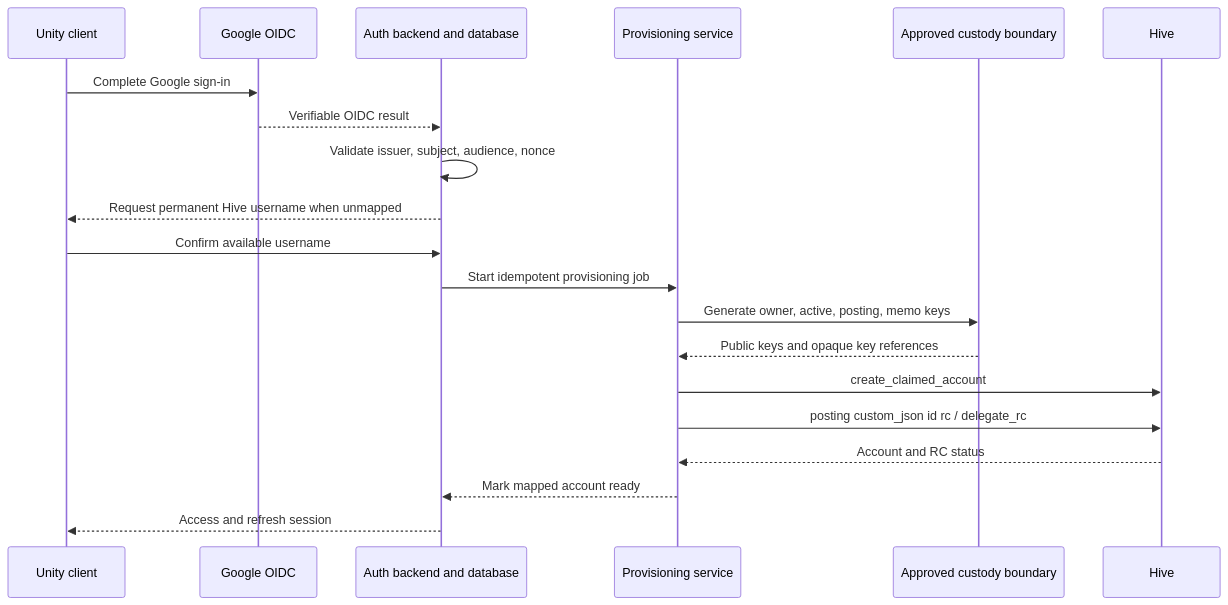
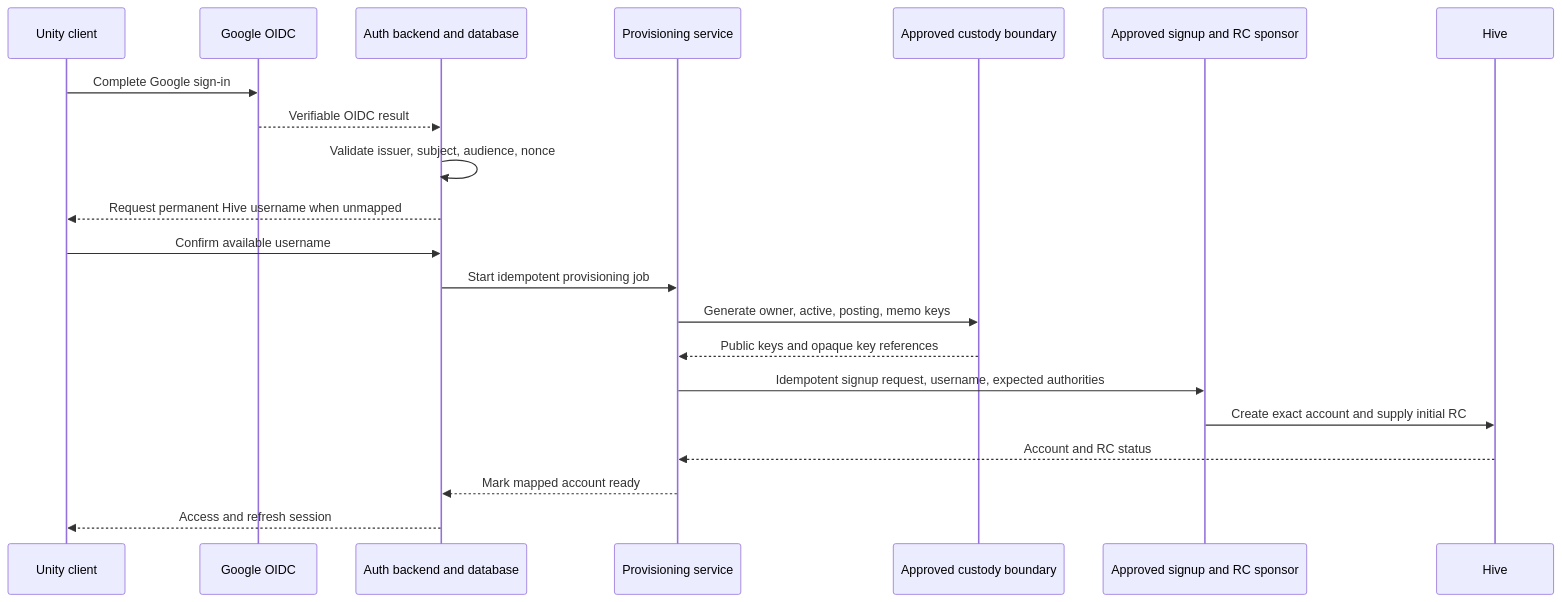
Before and after one commit to hdev-core/hive-chameleon: the fourth of 5 diagrams in docs/technical-specification/Hive-Layer-Design.md, drawn with Mermaid. The commit also changed other lines of this file and 6 other files, not shown here.

First line of the commit message:
docs: align Hive onboarding, signing, and Hetzner architecture

````diff
--- a/docs/technical-specification/Hive-Layer-Design.md
+++ b/docs/technical-specification/Hive-Layer-Design.md
@@ -232,22 +254,23 @@
 ```mermaid
 sequenceDiagram
     participant U as Unity client
     participant O as Google OIDC
     participant B as Auth backend and database
     participant P as Provisioning service
     participant K as Approved custody boundary
+    participant S as Approved signup and RC sponsor
     participant H as Hive
     U->>O: Complete Google sign-in
     O-->>B: Verifiable OIDC result
     B->>B: Validate issuer, subject, audience, nonce
     B-->>U: Request permanent Hive username when unmapped
     U->>B: Confirm available username
     B->>P: Start idempotent provisioning job
     P->>K: Generate owner, active, posting, memo keys
     K-->>P: Public keys and opaque key references
-    P->>H: create_claimed_account
-    P->>H: posting custom_json id rc / delegate_rc
+    P->>S: Idempotent signup request, username, expected authorities
+    S->>H: Create exact account and supply initial RC
     H-->>P: Account and RC status
     P-->>B: Mark mapped account ready
     B-->>U: Access and refresh session
 ```
````
